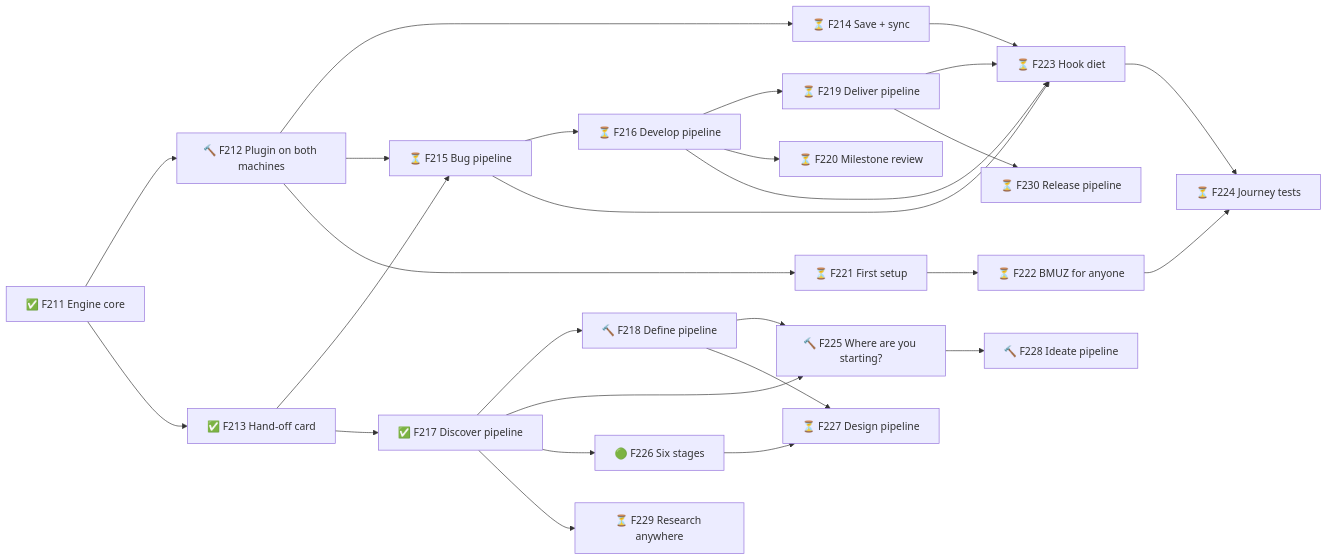
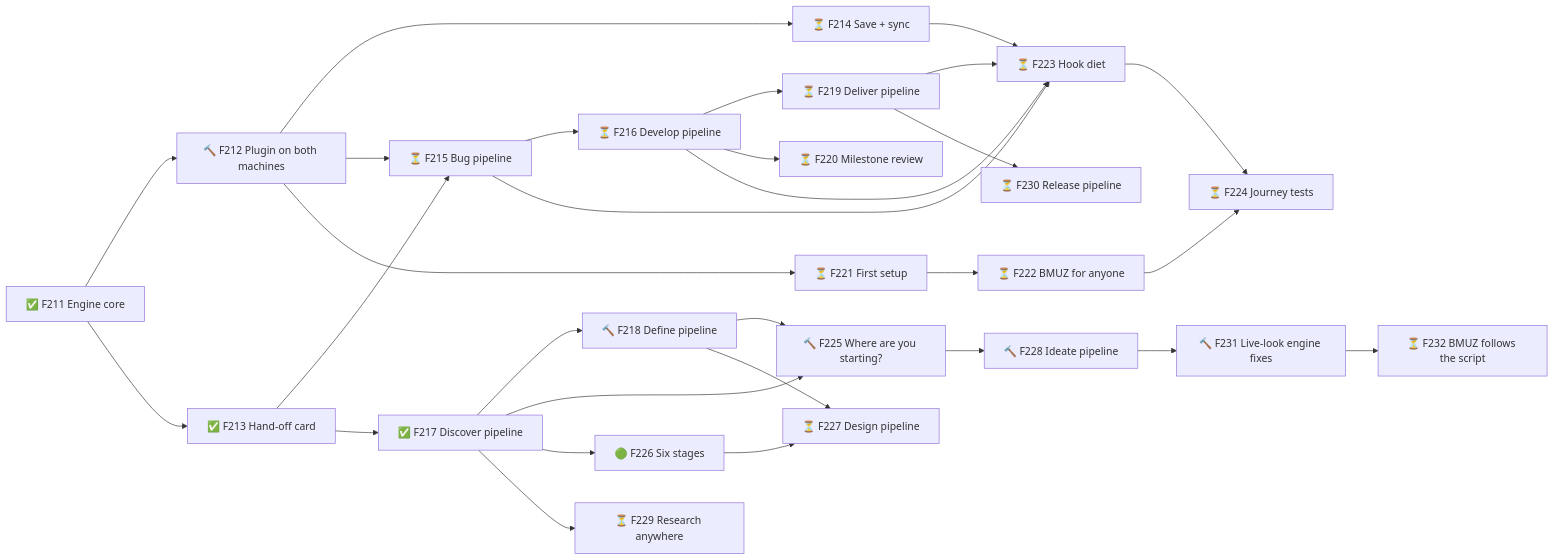
Diagram 41 of 41 in .planning/ROADMAP.md (TheBlueMuzzy/framework), drawn with Mermaid before and after one commit. The commit also changed other lines of this file and 1 other file, not shown here.

Commit message:
Plan: F231 — Engine fixes from the Xong live look (sprint 67, 5 tasks) and F232 — BMUZ follows the script (roadmap); Muzzy approved the full script

````diff
--- a/.planning/ROADMAP.md
+++ b/.planning/ROADMAP.md
@@ -666,29 +668,31 @@
 ```mermaid
 flowchart LR
   F211[✅ F211 Engine core] --> F212[🔨 F212 Plugin on both machines]
   F211 --> F213[✅ F213 Hand-off card]
   F212 --> F214[⏳ F214 Save + sync]
   F212 --> F215[⏳ F215 Bug pipeline]
   F213 --> F215
   F215 --> F216[⏳ F216 Develop pipeline]
   F213 --> F217[✅ F217 Discover pipeline]
   F217 --> F218[🔨 F218 Define pipeline]
   F216 --> F219[⏳ F219 Deliver pipeline]
   F216 --> F220[⏳ F220 Milestone review]
   F212 --> F221[⏳ F221 First setup]
   F221 --> F222[⏳ F222 BMUZ for anyone]
   F214 --> F223[⏳ F223 Hook diet]
   F215 --> F223
   F216 --> F223
   F219 --> F223
   F223 --> F224[⏳ F224 Journey tests]
   F222 --> F224
   F217 --> F225[🔨 F225 Where are you starting?]
   F218 --> F225
   F217 --> F226[🟢 F226 Six stages]
   F225 --> F228[🔨 F228 Ideate pipeline]
   F217 --> F229[⏳ F229 Research anywhere]
   F219 --> F230[⏳ F230 Release pipeline]
+  F228 --> F231[🔨 F231 Live-look engine fixes]
+  F231 --> F232[⏳ F232 BMUZ follows the script]
   F218 --> F227[⏳ F227 Design pipeline]
   F226 --> F227
 ```
````
